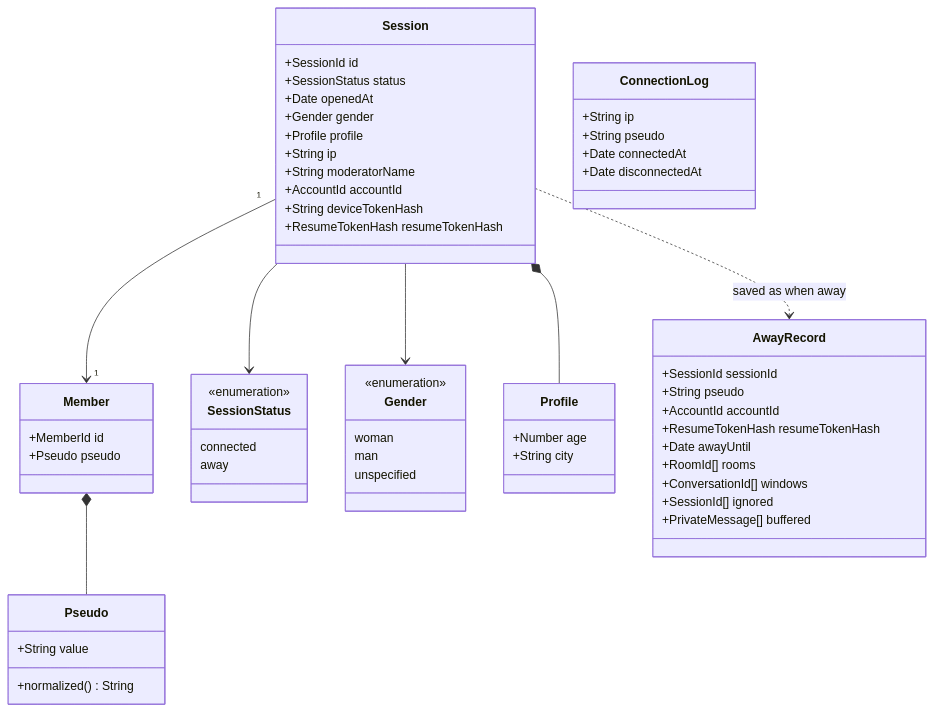
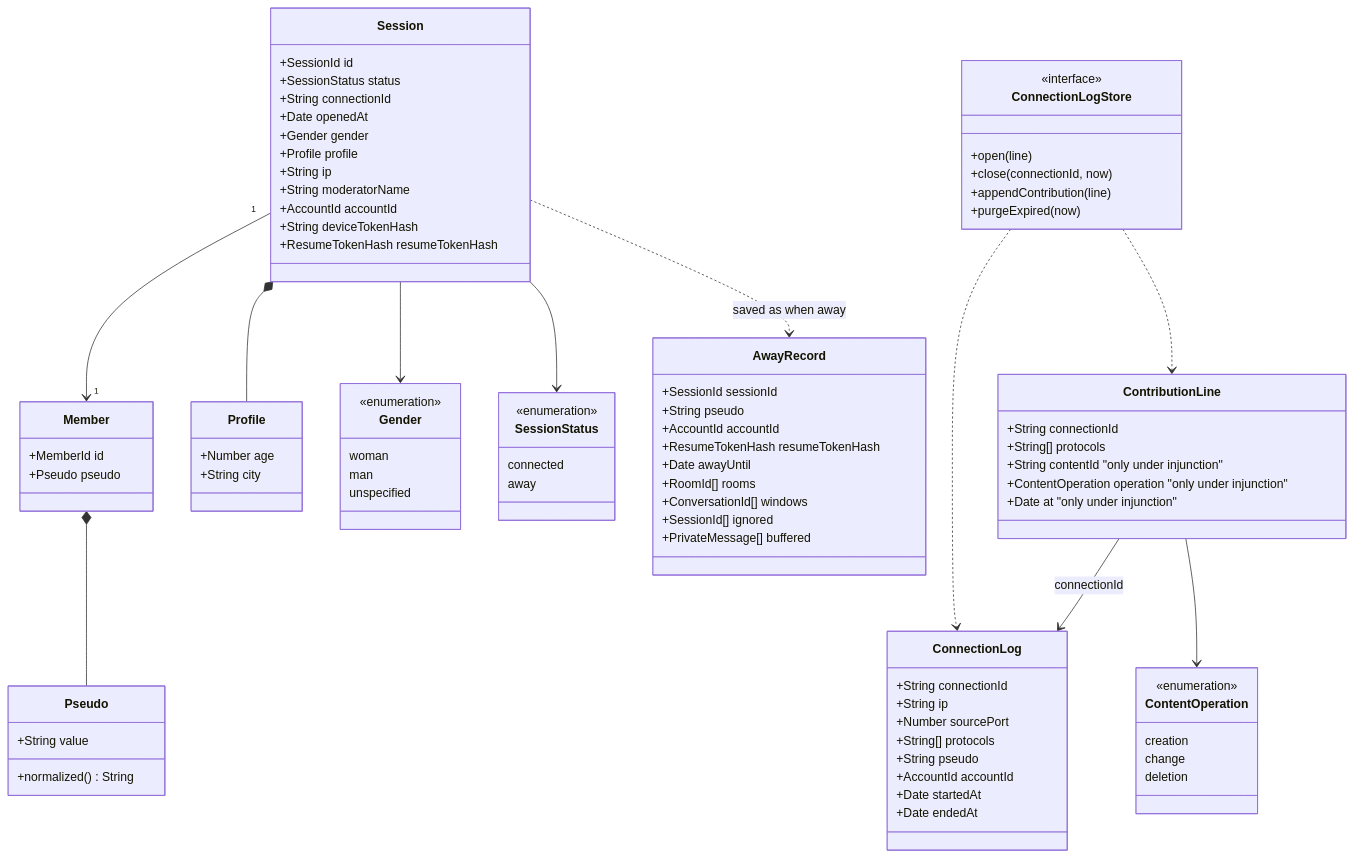
Before and after one commit to benoit-bremaud/asv: the diagram in docs/architecture/diagrams/entry/04-class.md, drawn with Mermaid. The commit also changed other lines of this file and 41 other files, not shown here.

````diff
--- a/docs/architecture/diagrams/entry/04-class.md
+++ b/docs/architecture/diagrams/entry/04-class.md
@@ -25,6 +25,7 @@
   class Session {
     +SessionId id
     +SessionStatus status
+    +String connectionId
     +Date openedAt
     +Gender gender
     +Profile profile
@@ -61,10 +62,34 @@
     +PrivateMessage[] buffered
   }
   class ConnectionLog {
+    +String connectionId
     +String ip
+    +Number sourcePort
+    +String[] protocols
     +String pseudo
-    +Date connectedAt
-    +Date disconnectedAt
+    +AccountId accountId
+    +Date startedAt
+    +Date endedAt
+  }
+  class ContributionLine {
+    +String connectionId
+    +String[] protocols
+    +String contentId "only under injunction"
+    +ContentOperation operation "only under injunction"
+    +Date at "only under injunction"
+  }
+  class ConnectionLogStore {
+    <<interface>>
+    +open(line)
+    +close(connectionId, now)
+    +appendContribution(line)
+    +purgeExpired(now)
+  }
+  class ContentOperation {
+    <<enumeration>>
+    creation
+    change
+    deletion
   }
   Session "1" --> "1" Member
   Member *-- Pseudo
@@ -72,4 +97,8 @@
   Session --> Gender
   Session --> SessionStatus
   Session ..> AwayRecord : saved as when away
+  ContributionLine --> ConnectionLog : connectionId
+  ContributionLine --> ContentOperation
+  ConnectionLogStore ..> ConnectionLog
+  ConnectionLogStore ..> ContributionLine
 ```
````
